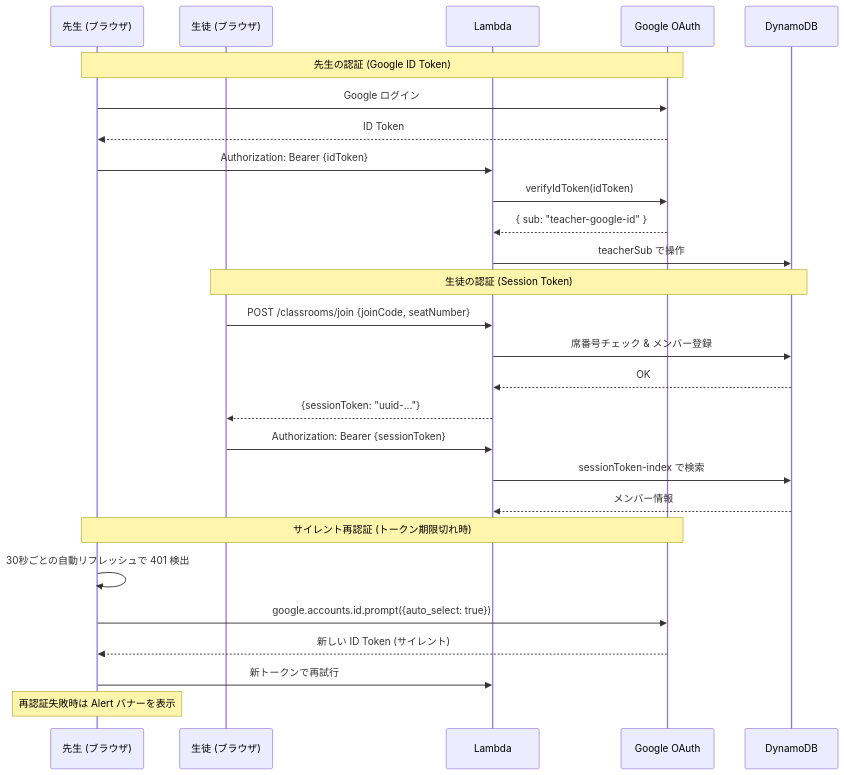
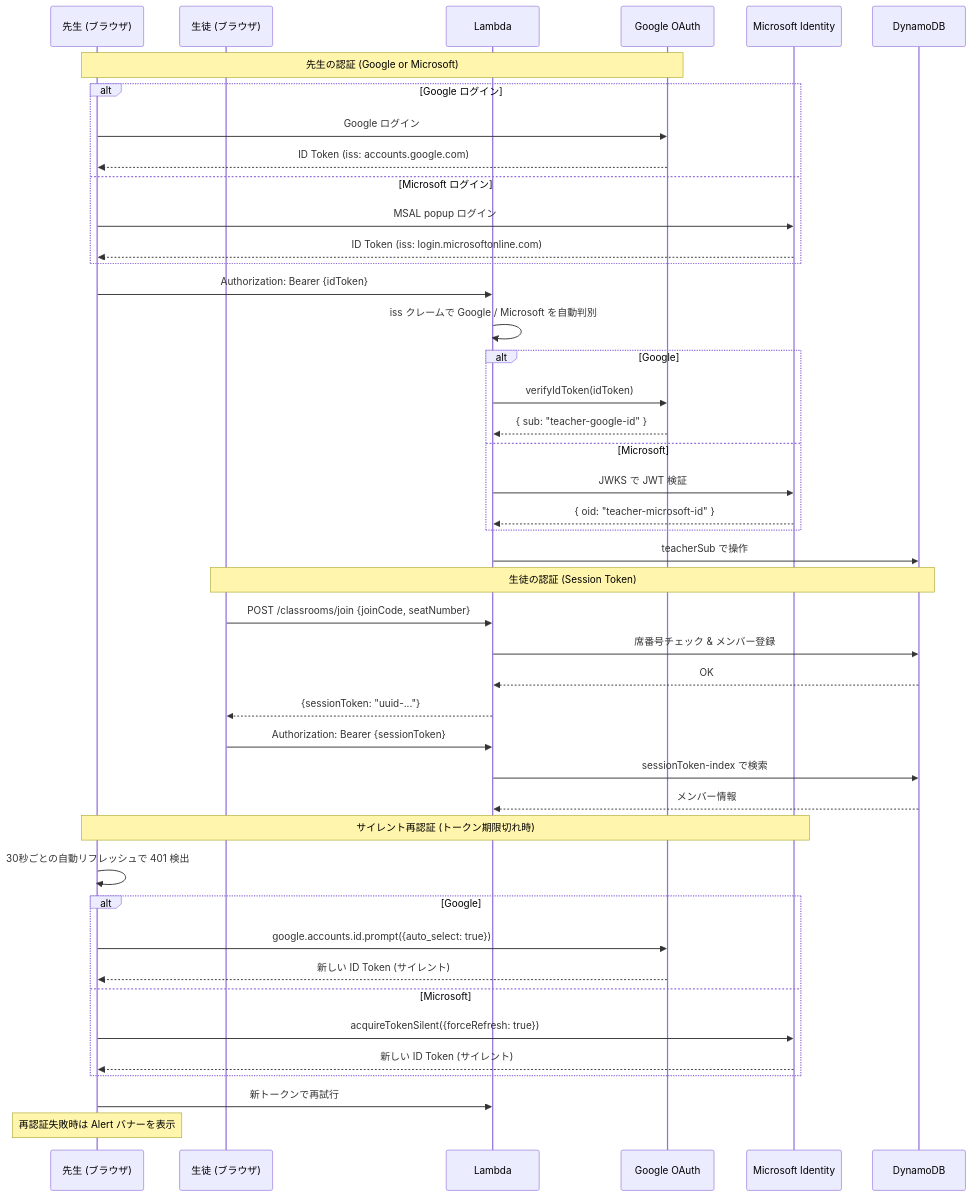
Before and after one commit to smalruby/smalruby3-editor: the second of 5 diagrams in docs/classroom/architecture.md, drawn with Mermaid. The commit also changed other lines of this file and 7 other files, not shown here.

````diff
--- a/docs/classroom/architecture.md
+++ b/docs/classroom/architecture.md
@@ -43,32 +52,49 @@
 ```mermaid
 sequenceDiagram
     participant T as 先生 (ブラウザ)
     participant S as 生徒 (ブラウザ)
     participant API as Lambda
     participant G as Google OAuth
+    participant MS as Microsoft Identity
     participant DB as DynamoDB
 
-    Note over T,G: 先生の認証 (Google ID Token)
-    T->>G: Google ログイン
-    G-->>T: ID Token
+    Note over T,G: 先生の認証 (Google or Microsoft)
+    alt Google ログイン
+        T->>G: Google ログイン
+        G-->>T: ID Token (iss: accounts.google.com)
+    else Microsoft ログイン
+        T->>MS: MSAL popup ログイン
+        MS-->>T: ID Token (iss: login.microsoftonline.com)
+    end
     T->>API: Authorization: Bearer {idToken}
-    API->>G: verifyIdToken(idToken)
-    G-->>API: { sub: "teacher-google-id" }
+    API->>API: iss クレームで Google / Microsoft を自動判別
+    alt Google
+        API->>G: verifyIdToken(idToken)
+        G-->>API: { sub: "teacher-google-id" }
+    else Microsoft
+        API->>MS: JWKS で JWT 検証
+        MS-->>API: { oid: "teacher-microsoft-id" }
+    end
     API->>DB: teacherSub で操作
 
     Note over S,DB: 生徒の認証 (Session Token)
     S->>API: POST /classrooms/join {joinCode, seatNumber}
     API->>DB: 席番号チェック & メンバー登録
     DB-->>API: OK
     API-->>S: {sessionToken: "uuid-..."}
     S->>API: Authorization: Bearer {sessionToken}
     API->>DB: sessionToken-index で検索
     DB-->>API: メンバー情報
 
-    Note over T,G: サイレント再認証 (トークン期限切れ時)
+    Note over T,MS: サイレント再認証 (トークン期限切れ時)
     T->>T: 30秒ごとの自動リフレッシュで 401 検出
-    T->>G: google.accounts.id.prompt({auto_select: true})
-    G-->>T: 新しい ID Token (サイレント)
+    alt Google
+        T->>G: google.accounts.id.prompt({auto_select: true})
+        G-->>T: 新しい ID Token (サイレント)
+    else Microsoft
+        T->>MS: acquireTokenSilent({forceRefresh: true})
+        MS-->>T: 新しい ID Token (サイレント)
+    end
     T->>API: 新トークンで再試行
     Note over T: 再認証失敗時は Alert バナーを表示
 ```
````
